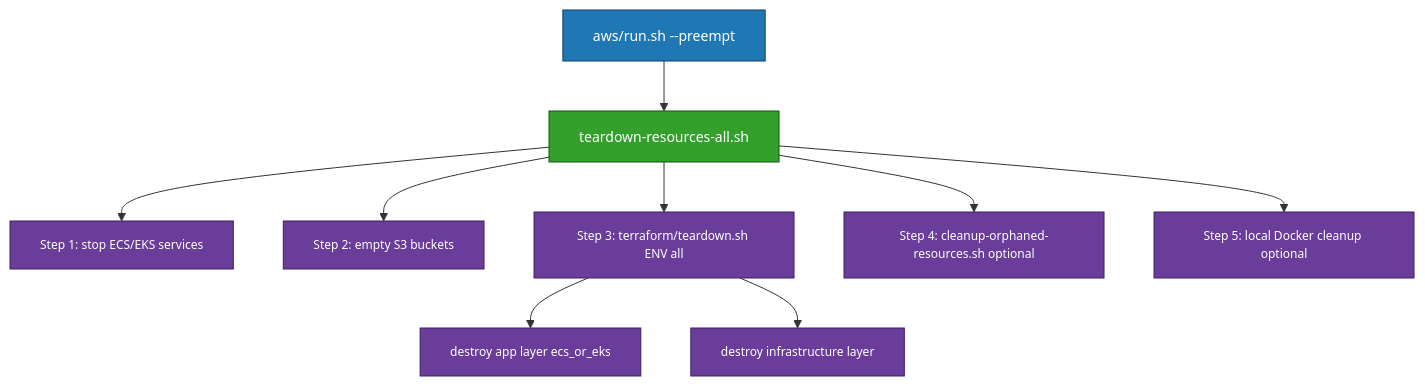
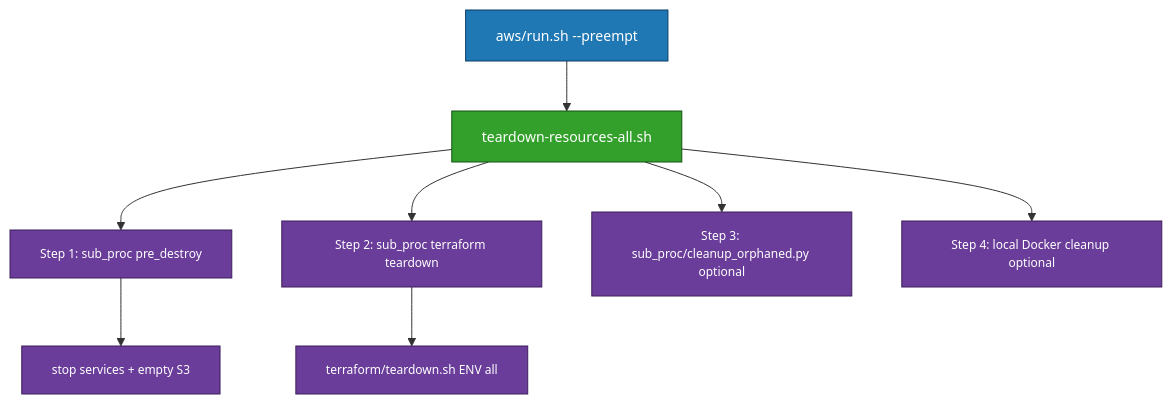
The diagram in README_ALL_TEARDOWN.md (horselord-joe-8053/ultra-fru-genai-analytics), drawn with Mermaid before and after one commit. The commit also changed other lines of this file and 27 other files, not shown here.

First line of the commit message:
Teardown refactor: --container-type eks|ecs|all, sub_proc Python/shell, venv PYTHON_CMD

````diff
--- a/README_ALL_TEARDOWN.md
+++ b/README_ALL_TEARDOWN.md
@@ -134,20 +138,19 @@
 ```mermaid
 flowchart TD
     A[aws/run.sh --preempt] --> B[teardown-resources-all.sh]
 
-    B --> B1[Step 1: stop ECS/EKS services]
-    B --> B2[Step 2: empty S3 buckets]
-    B --> B3[Step 3: terraform/teardown.sh ENV all]
-    B3 --> B3a[destroy app layer ecs_or_eks]
-    B3 --> B3b[destroy infrastructure layer]
-    B --> B4[Step 4: cleanup-orphaned-resources.sh optional]
-    B --> B5[Step 5: local Docker cleanup optional]
+    B --> B1[Step 1: sub_proc pre_destroy]
+    B1 --> B1a[stop services + empty S3]
+    B --> B2[Step 2: sub_proc terraform teardown]
+    B2 --> B2a[terraform/teardown.sh ENV all]
+    B --> B3[Step 3: sub_proc/cleanup_orphaned.py optional]
+    B --> B4[Step 4: local Docker cleanup optional]
 
     classDef orchestrator fill:#1f78b4,stroke:#0b3c68,color:#ffffff,font-size:14px;
     classDef coordinator fill:#33a02c,stroke:#145214,color:#ffffff,font-size:14px;
     classDef step fill:#6a3d9a,stroke:#3f1f5c,color:#ffffff,font-size:12px;
 
     class A orchestrator
     class B coordinator
-    class B1,B2,B3,B4,B5,B3a,B3b step
+    class B1,B1a,B2,B2a,B3,B4 step
 ```
````
